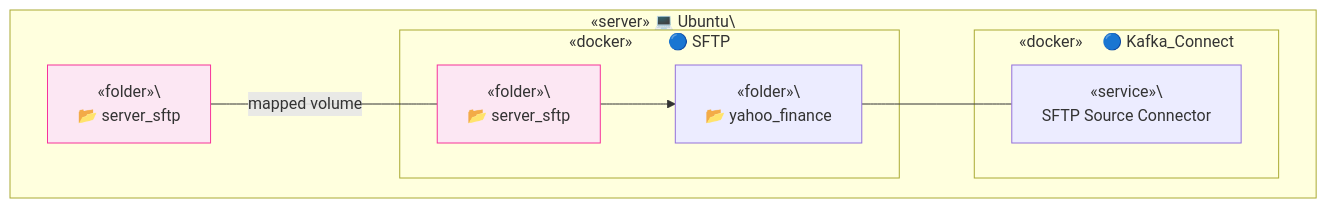
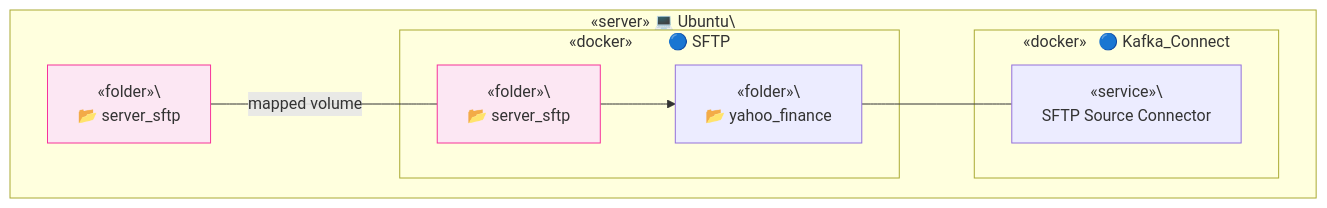
The fifth of 5 diagrams in server_sftp/README.md (TrulyDigital/DATA_STREET), drawn with Mermaid before and after one commit.

Commit message:
feat: server-sftp uptade

````diff
--- a/server_sftp/README.md
+++ b/server_sftp/README.md
@@ -96,24 +96,24 @@
 ```mermaid
 graph TD
     subgraph Container_A [«server» 💻 Ubuntu\<br/>]
         A1[«folder»\<br/> 📂 server_sftp]
         A1:::note_a1
 
         subgraph Container_B [«docker»&nbsp;&nbsp;&nbsp;&nbsp;&nbsp;&nbsp;&nbsp;&nbsp;&nbsp;🔵 SFTP]
             B1[«folder»\<br/> 📂 server_sftp]
             B1:::note_b1
             B2[«folder»\<br/> 📂 yahoo_finance]
         end
 
-        subgraph Container_C [«docker»&nbsp;&nbsp;&nbsp;&nbsp;&nbsp;🔵 Kafka_Connect]
+        subgraph Container_C [«docker»&nbsp;&nbsp;&nbsp;🔵 Kafka_Connect]
             C1[«service»\<br/> SFTP Source Connector]
         end
 
         A1 -- mapped volume --- B1
         B1 --> B2
         B2 --- C1
 
         classDef note_a1 fill:#fce7f3,stroke:#f6339a,stroke-width:1px;
         classDef note_b1 fill:#fce7f3,stroke:#f6339a,stroke-width:1px;
     end
 ```
````
